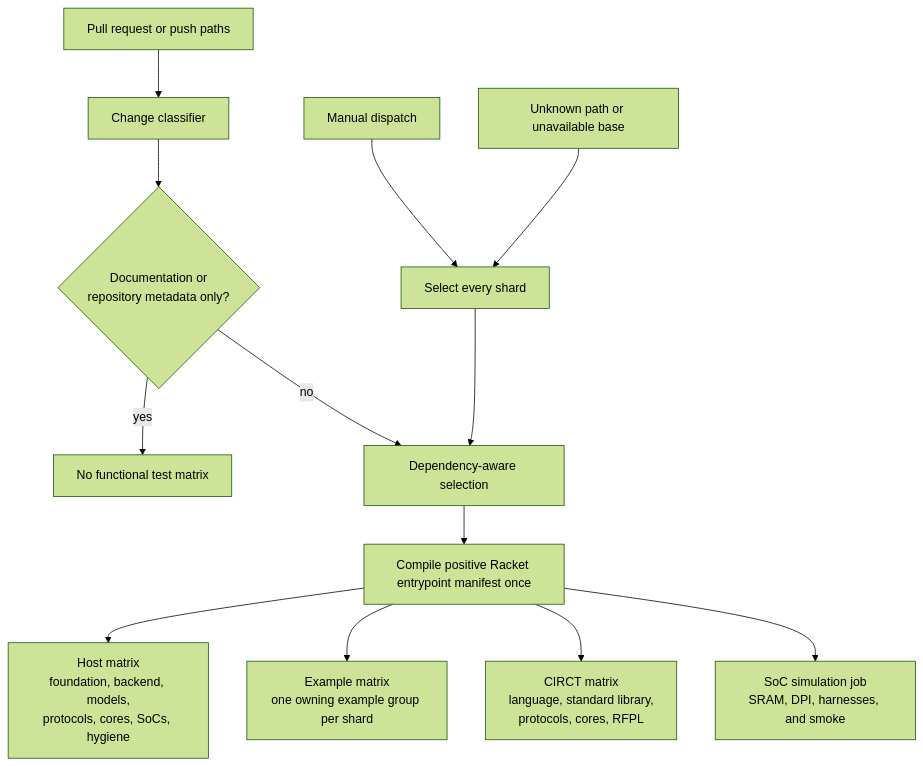
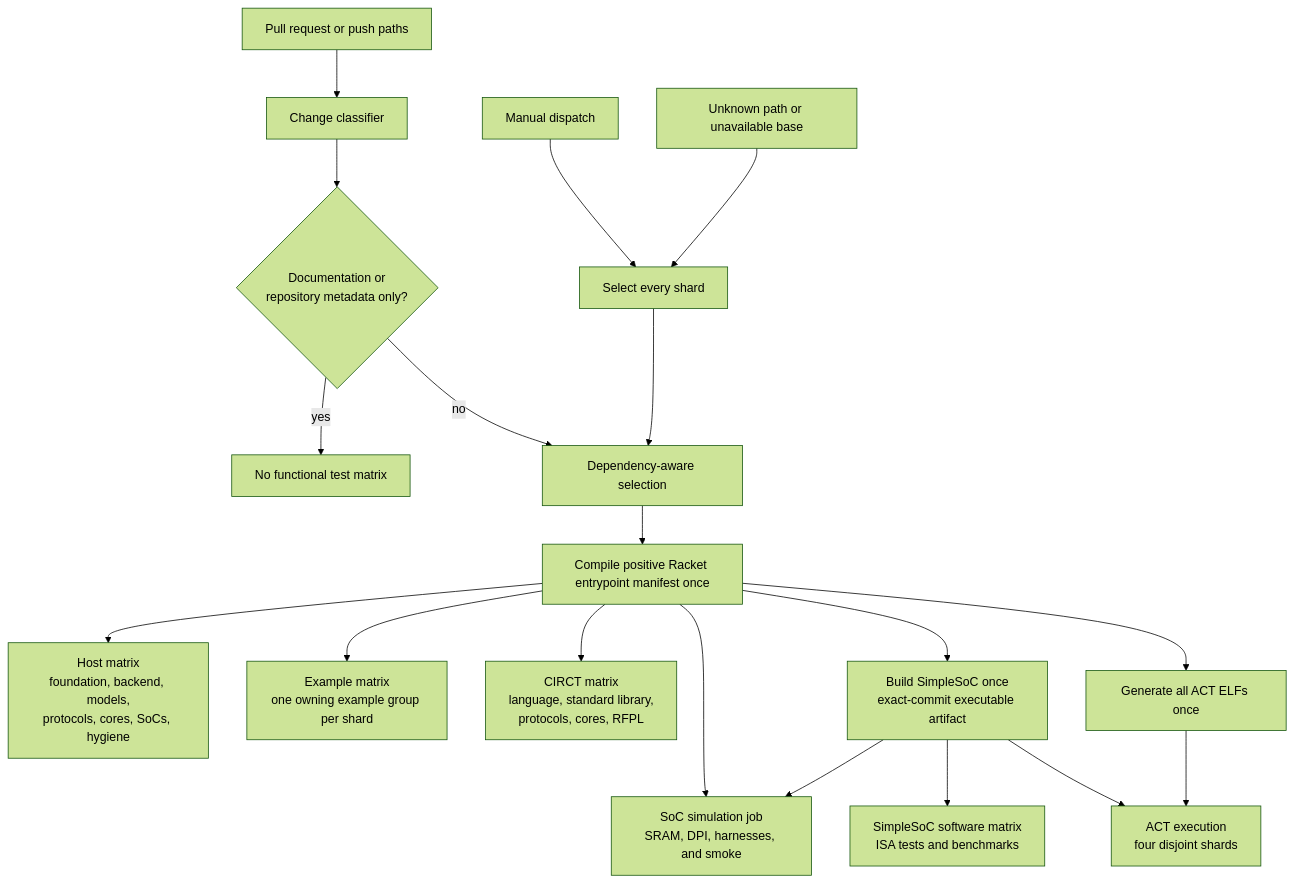
The diagram in tests/DEVELOPING.md (jerryz123/rhodium), drawn with Mermaid (forest theme) before and after one commit. The commit also changed other lines of this file and 18 other files, not shown here.

````diff
--- a/tests/DEVELOPING.md
+++ b/tests/DEVELOPING.md
@@ -62,15 +62,21 @@
 ```mermaid
 flowchart TD
     Changes["Pull request or push paths"] --> Classifier["Change classifier"]
     Manual["Manual dispatch"] --> All["Select every shard"]
     Unknown["Unknown path or unavailable base"] --> All
     Classifier --> Docs{"Documentation or<br/>repository metadata only?"}
     Docs -->|yes| None["No functional test matrix"]
     Docs -->|no| Selected["Dependency-aware selection"]
     All --> Selected
     Selected --> Compile["Compile positive Racket entrypoint manifest once"]
     Compile --> Host["Host matrix<br/>foundation, backend, models,<br/>protocols, cores, SoCs, hygiene"]
     Compile --> Examples["Example matrix<br/>one owning example group per shard"]
     Compile --> CIRCT["CIRCT matrix<br/>language, standard library,<br/>protocols, cores, RFPL"]
     Compile --> Simulation["SoC simulation job<br/>SRAM, DPI, harnesses, and smoke"]
+    Compile --> SimpleBuild["Build SimpleSoC once<br/>exact-commit executable artifact"]
+    SimpleBuild --> Simulation
+    SimpleBuild --> Programs["SimpleSoC software matrix<br/>ISA tests and benchmarks"]
+    Compile --> ActBuild["Generate all ACT ELFs once"]
+    SimpleBuild --> ActRun["ACT execution<br/>four disjoint shards"]
+    ActBuild --> ActRun
 ```
````
